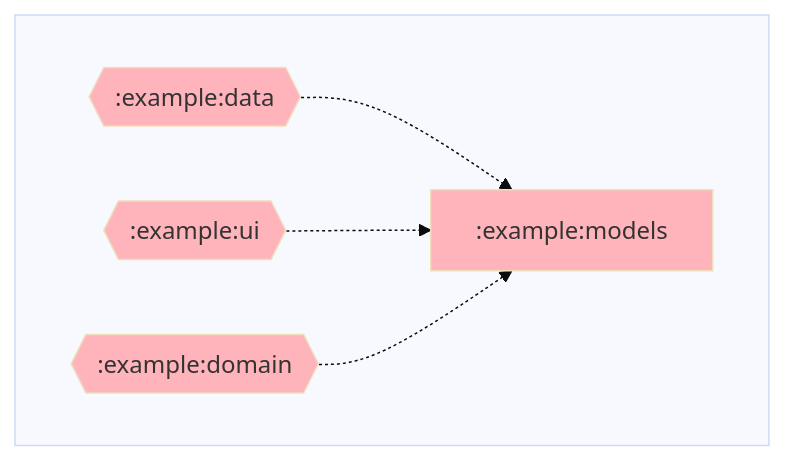
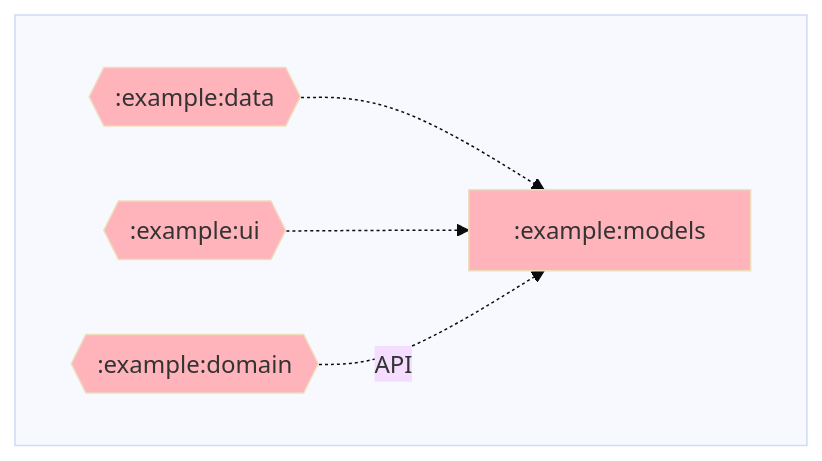
Before and after one commit to adityabhaskar/Gradle-dependency-graphs: the diagram in example/models/dependency-graph.md, drawn with Mermaid. The commit also changed 4 other files, not shown here.

````diff
--- a/example/models/dependency-graph.md
+++ b/example/models/dependency-graph.md
@@ -1,32 +1,32 @@
 ```mermaid
 %%{ init: { 'theme': 'base' } }%%
 graph LR;
 
 %% Styling for module nodes by type
 classDef rootNode stroke-width:4px;
 classDef mppNode fill:#ffd2b3;
 classDef andNode fill:#baffc9;
 classDef javaNode fill:#ffb3ba;
 
 %% Modules
 subgraph  
   direction LR;
   :example:data{{:example:data}}:::javaNode;
   :example:models[:example:models]:::javaNode;
   :example:ui{{:example:ui}}:::javaNode;
   :example:domain{{:example:domain}}:::javaNode;
 end
 
 %% Dependencies
 
 %% Dependents
 :example:data-.->:example:models
 :example:ui-.->:example:models
-:example:domain-.->:example:models
+:example:domain-.API.->:example:models
 
 %% Click interactions
 click :example:data https://github.com/oorjalabs/todotxt-for-android/blob/main/example/data
 click :example:models https://github.com/oorjalabs/todotxt-for-android/blob/main/example/models
 click :example:ui https://github.com/oorjalabs/todotxt-for-android/blob/main/example/ui
 click :example:domain https://github.com/oorjalabs/todotxt-for-android/blob/main/example/domain
 ```
````
